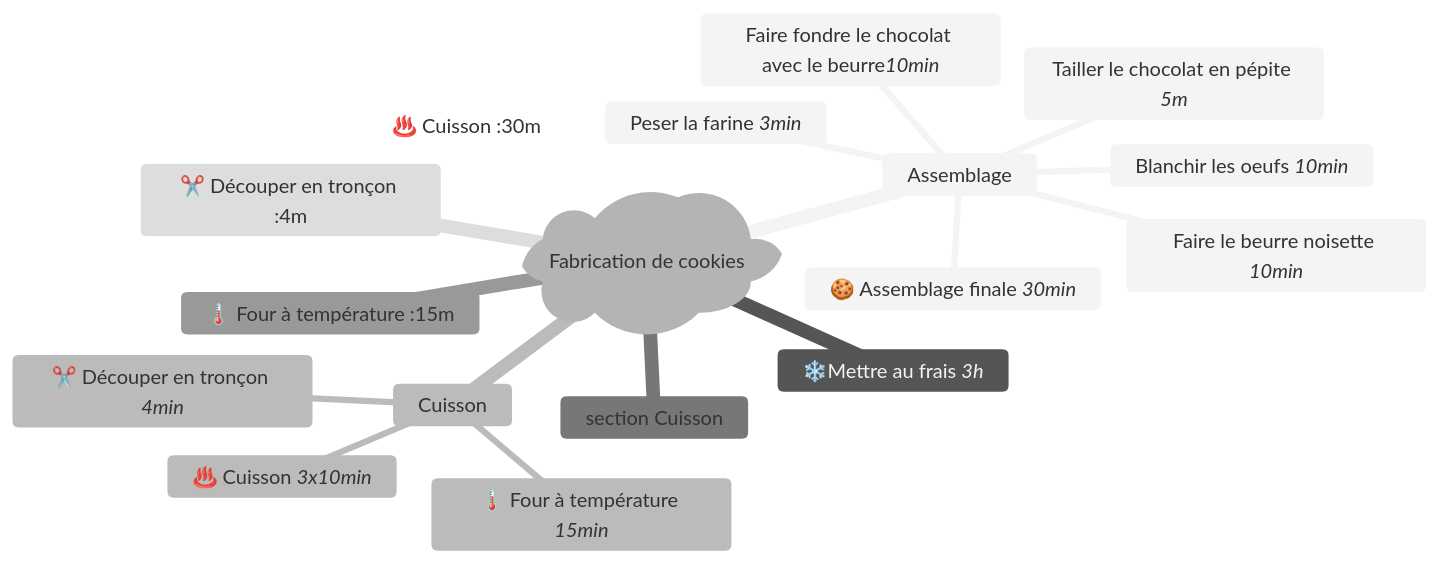
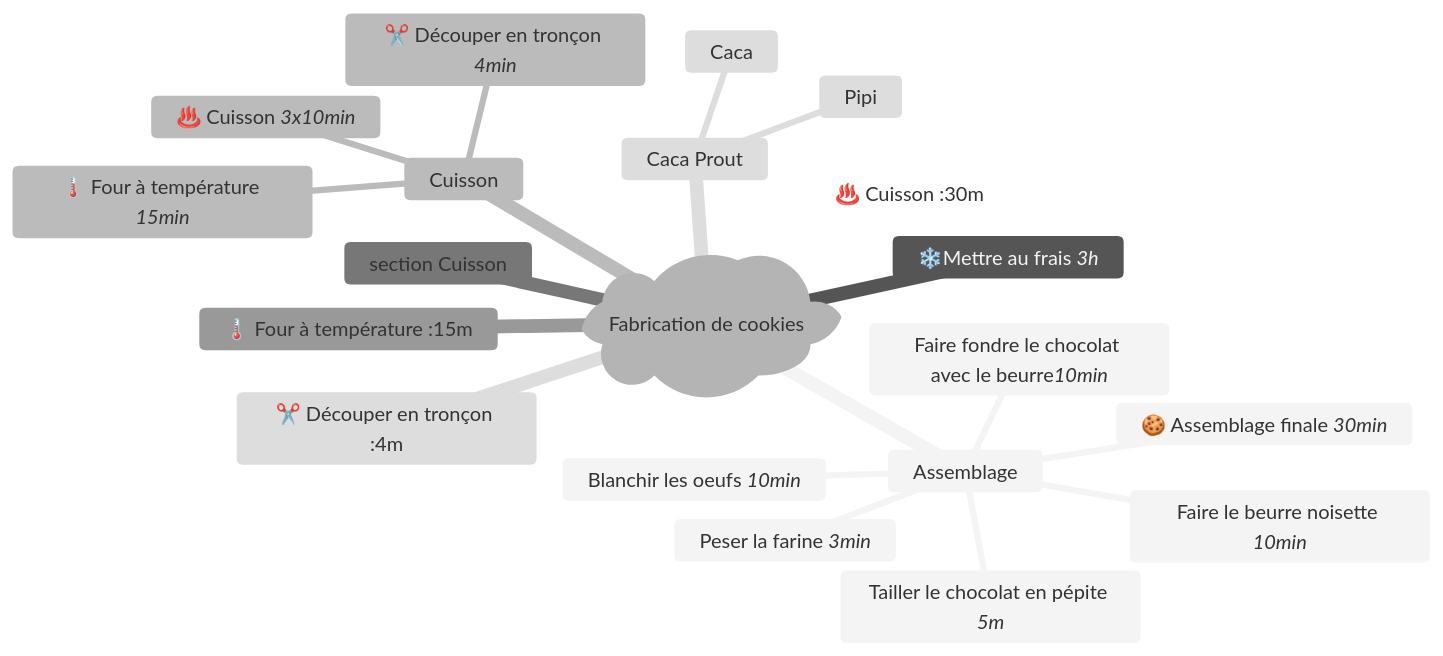
The first of 3 diagrams in README.md (anna-cochat/Data_NA_project), drawn with Mermaid (neutral theme) before and after one commit.

````diff
--- a/README.md
+++ b/README.md
@@ -15,22 +15,25 @@
   ```mermaid
 mindmap
   root)Fabrication de cookies(
     Assemblage
         Faire le beurre noisette *10min*
         Peser la farine *3min*
         Blanchir les oeufs *10min*
         Faire fondre le chocolat avec le beurre*10min*
         Tailler le chocolat en pépite *5m*
 
         🍪 Assemblage finale *30min*
     ❄️Mettre au frais *3h*
     Cuisson
         🌡️ Four à température *15min*
         ✂️ Découper en tronçon *4min*
         ♨️ Cuisson *3x10min*
   
     section Cuisson
     🌡️ Four à température :15m
     ✂️ Découper en tronçon :4m
     ♨️ Cuisson :30m
+    Caca Prout
+        Pipi
+        Caca
 ```
````
